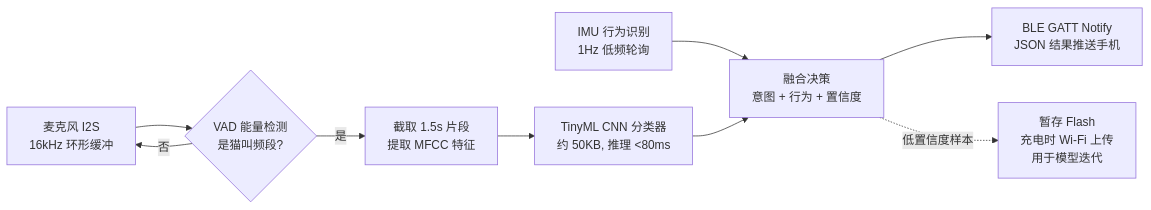
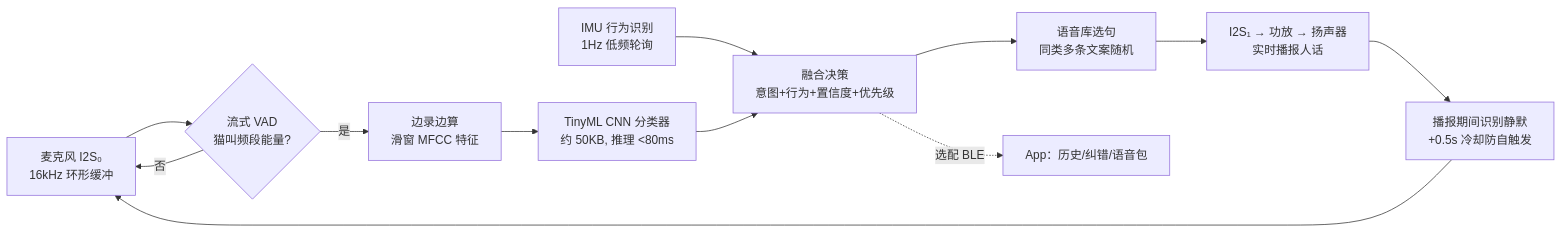
Before and after one commit to 1440550126-glitch/-: the diagram in docs/cat-translator/README.md, drawn with Mermaid. The commit also changed other lines of this file and 3 other files, not shown here.

````diff
--- a/docs/cat-translator/README.md
+++ b/docs/cat-translator/README.md
@@ -136,11 +145,14 @@
 ```mermaid
 flowchart LR
-    A[麦克风 I2S<br>16kHz 环形缓冲] --> B{VAD 能量检测<br>是猫叫频段?}
+    A[麦克风 I2S₀<br>16kHz 环形缓冲] --> B{流式 VAD<br>猫叫频段能量?}
     B -- 否 --> A
-    B -- 是 --> C[截取 1.5s 片段<br>提取 MFCC 特征]
+    B -- 是 --> C[边录边算<br>滑窗 MFCC 特征]
     C --> D[TinyML CNN 分类器<br>约 50KB, 推理 &lt;80ms]
-    E[IMU 行为识别<br>1Hz 低频轮询] --> F[融合决策<br>意图 + 行为 + 置信度]
+    E[IMU 行为识别<br>1Hz 低频轮询] --> F[融合决策<br>意图+行为+置信度+优先级]
     D --> F
-    F --> G[BLE GATT Notify<br>JSON 结果推送手机]
-    F -.低置信度样本.-> H[暂存 Flash<br>充电时 Wi-Fi 上传<br>用于模型迭代]
+    F --> G[语音库选句<br>同类多条文案随机]
+    G --> H[I2S₁ → 功放 → 扬声器<br>实时播报人话]
+    H --> I[播报期间识别静默<br>+0.5s 冷却防自触发]
+    I --> A
+    F -.选配 BLE.-> J[App：历史/纠错/语音包]
 ```
````
